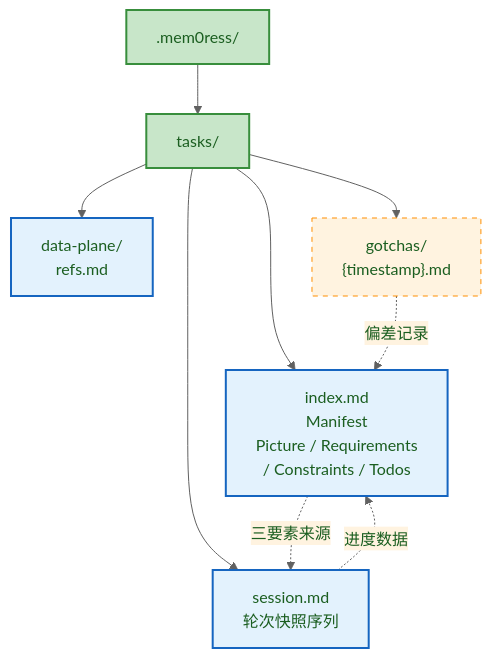
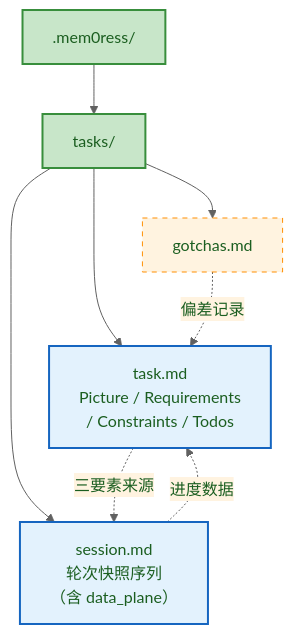
Before and after one commit to Lazyn0tBug/mem0ress: the eighth of 9 diagrams in docs/spec.md, drawn with Mermaid. The commit also changed other lines of this file and 8 other files, not shown here.

````diff
--- a/docs/spec.md
+++ b/docs/spec.md
@@ -479,28 +470,26 @@
 ```mermaid
 %% label：.mem0ress 文件树与概念映射
 %%{ init: { 'theme': 'base', 'themeVariables': { 'primaryColor': '#e8f5e9', 'primaryTextColor': '#1b5e20', 'primaryBorderColor': '#388e3c', 'lineColor': '#616161', 'secondaryColor': '#fff3e0' } } }%%
 graph TD
     ROOT[".mem0ress/"]
     TASKS["tasks/"]
-    TMPL["index.md\nManifest\nPicture / Requirements\n/ Constraints / Todos"]
-    SESS["session.md\n轮次快照序列"]
-    DP["data-plane/\nrefs.md"]
-    GOT["gotchas/\n{timestamp}.md"]
+    TMPL["task.md\nPicture / Requirements\n/ Constraints / Todos"]
+    SESS["session.md\n轮次快照序列\n（含 data_plane）"]
+    GOT["gotchas.md"]
 
     ROOT --> TASKS
     TASKS --> TMPL
     TASKS --> SESS
-    TASKS --> DP
     TASKS --> GOT
 
     TMPL -.->|三要素来源| SESS
     SESS -.->|进度数据| TMPL
     GOT -.->|偏差记录| TMPL
 
     classDef dir fill:#c8e6c9,stroke:#388e3c,stroke-width:2px;
     classDef file fill:#e3f2fd,stroke:#1565c0,stroke-width:2px;
     classDef ref fill:#fff3e0,stroke:#ff8f00,stroke-width:1px,stroke-dasharray:5,5;
     class ROOT,TASKS dir;
-    class TMPL,SESS,DP,GOT file;
+    class TMPL,SESS,GOT file;
     class GOT ref;
 ```
````
